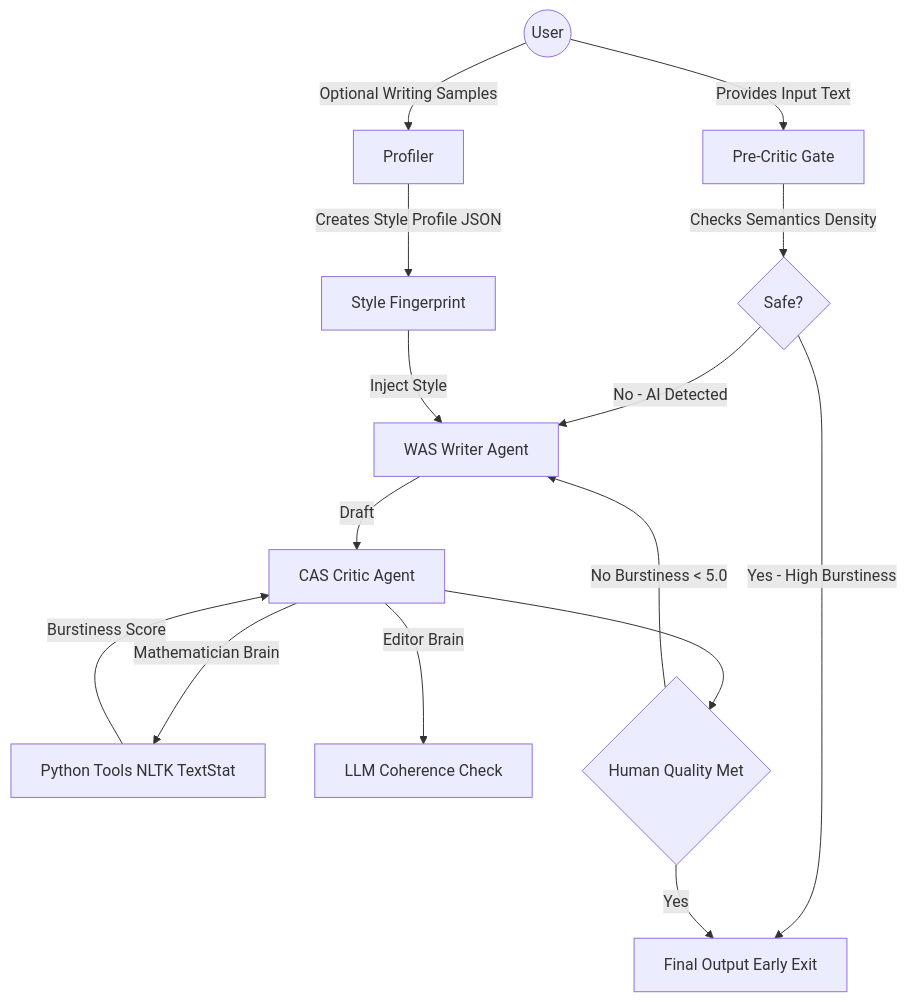
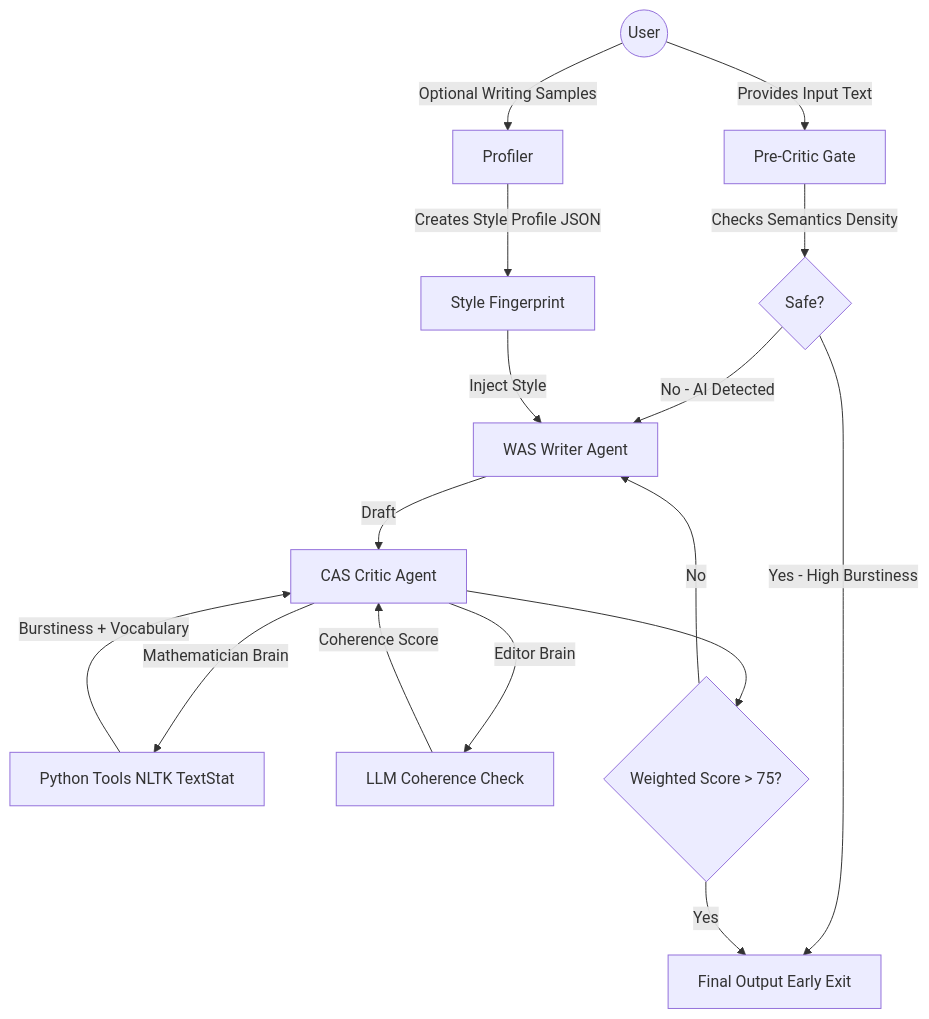
One commit to ShaikNelofer2004/HumanInk changed the diagram in README.md. Above: the diagram before and after it, drawn with Mermaid. The commit also changed other lines of this file, not shown here.

````diff
--- a/README.md
+++ b/README.md
@@ -44,29 +52,30 @@
 ```mermaid
 graph TD
 
     User((User)) -->|Provides Input Text| PreCritic[Pre-Critic Gate]
 
     PreCritic -->|Checks Semantics Density| DecisionGate{Safe?}
     DecisionGate -->|Yes - High Burstiness| Output[Final Output Early Exit]
     DecisionGate -->|No - AI Detected| Writer[WAS Writer Agent]
 
     User -->|Optional Writing Samples| Profiler
 
     Profiler -->|Creates Style Profile JSON| Style[Style Fingerprint]
 
     Style -->|Inject Style| Writer[WAS Writer Agent]
 
     Writer -->|Draft| Critic[CAS Critic Agent]
 
     Critic -->|Mathematician Brain| Tools[Python Tools NLTK TextStat]
-    Tools -->|Burstiness Score| Critic
+    Tools -->|Burstiness + Vocabulary| Critic
 
     Critic -->|Editor Brain| SemanticCheck[LLM Coherence Check]
+    SemanticCheck -->|Coherence Score| Critic
 
-    Critic --> Decision{Human Quality Met}
+    Critic --> Decision{Weighted Score > 75?}
 
-    Decision -->|No Burstiness < 5.0| Writer
+    Decision -->|No| Writer
     Decision -->|Yes| Output
 
 
 ```
````
